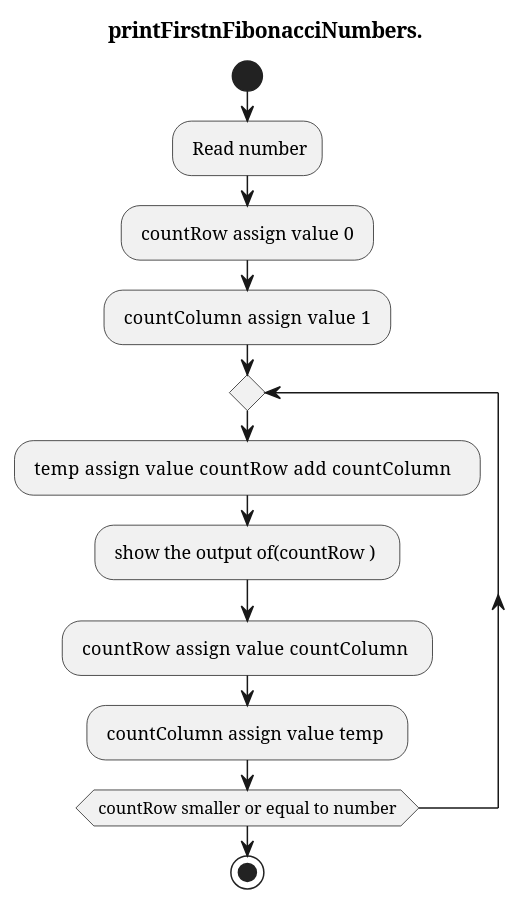
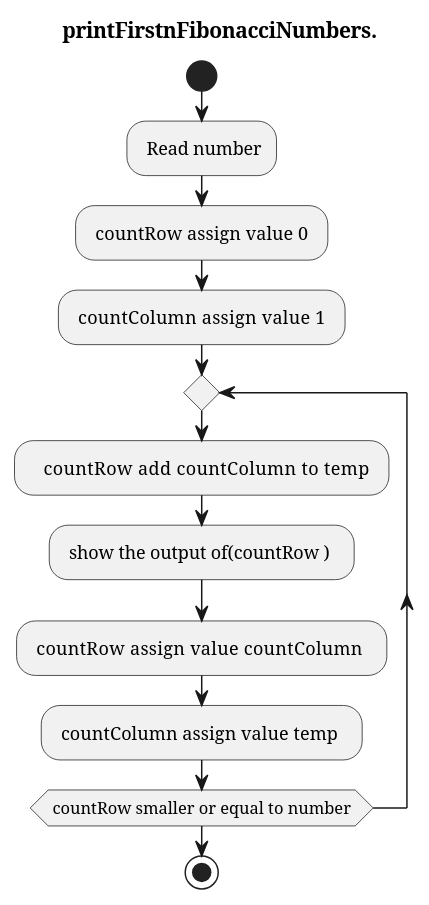
The diagram in diagram/7a.wsd (codingPhuc/B-i-t-p-nh-p-m-n-l-p-tr-nh), drawn with PlantUML before and after one commit. The commit also changed 72 other files, not shown here.

```diff
--- a/diagram/7a.wsd
+++ b/diagram/7a.wsd
@@ -1,14 +1,14 @@
 @startuml
 title printFirstnFibonacciNumbers.
 start
 : Read number;
 : countRow assign value  0 ;
 : countColumn assign value   1 ;
 repeat
-: temp  assign value   countRow add  countColumn   ;
+:   countRow add  countColumn   to temp ;
 : show the output of(countRow )  ;
 : countRow  assign value   countColumn  ; 
 : countColumn assign value  temp  ; 
 repeat while ( countRow  smaller or equal to number )
 stop
 @enduml
```
